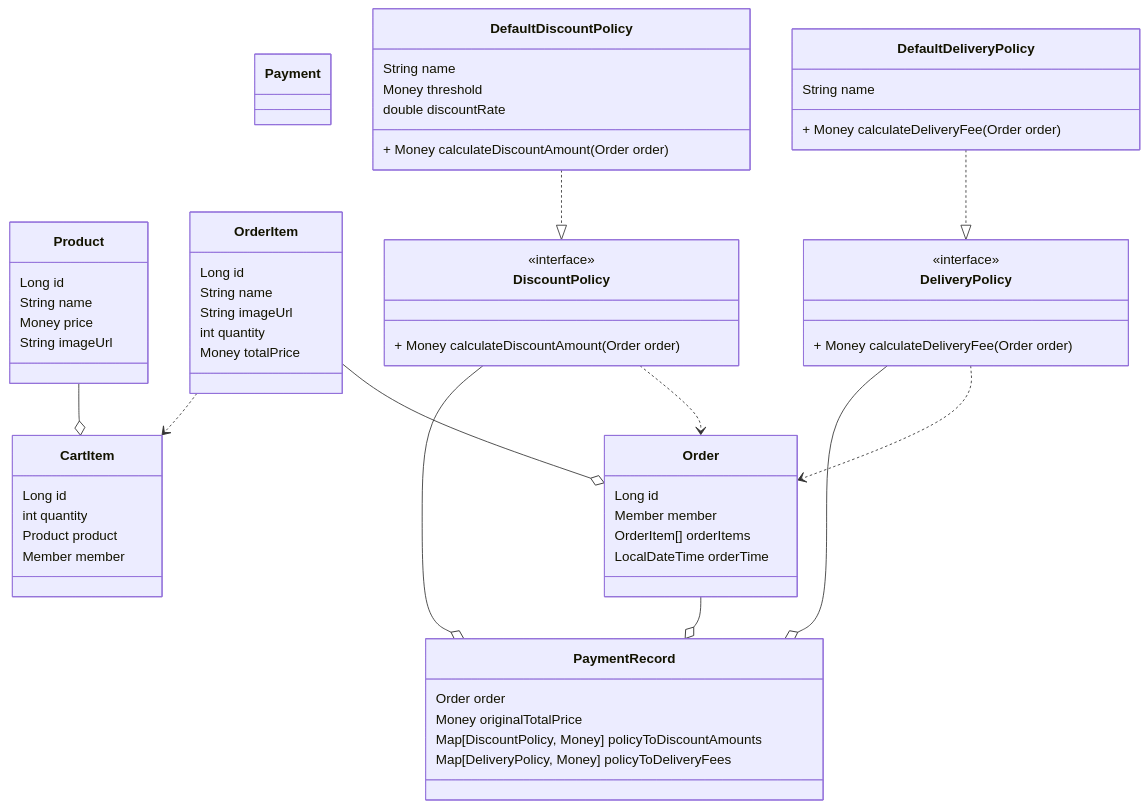
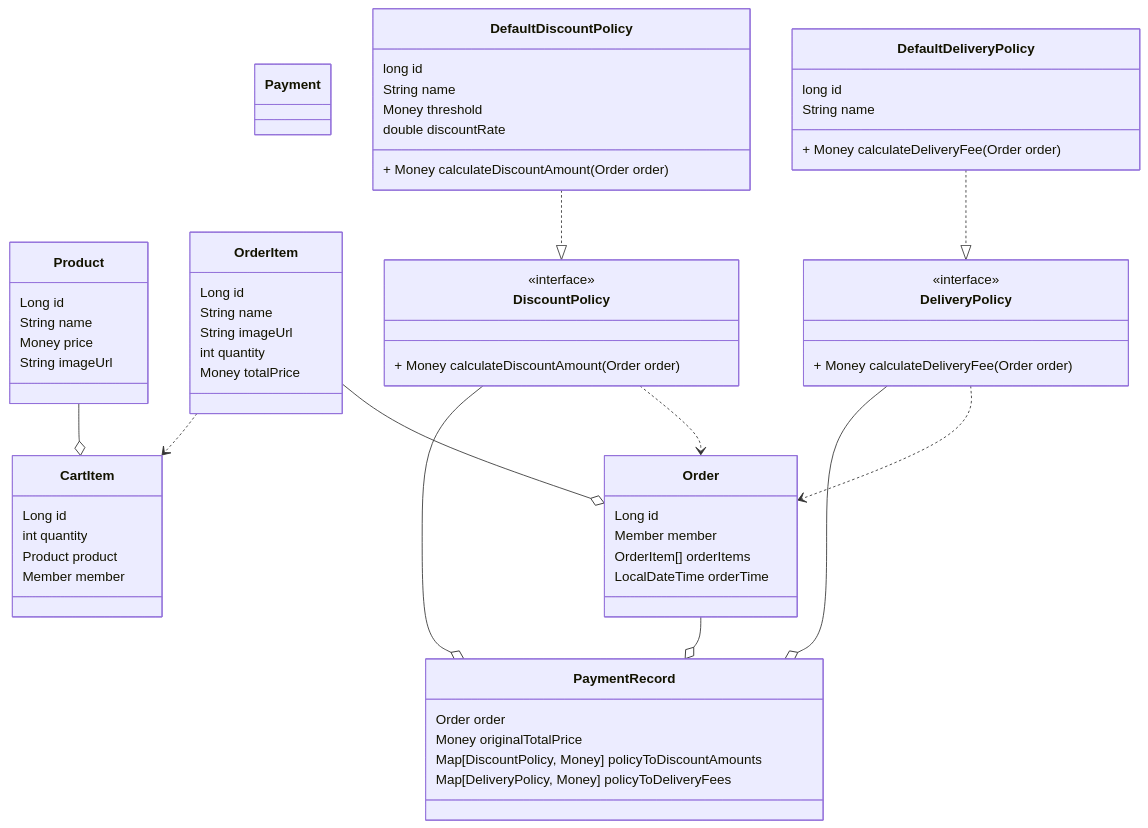
One commit to woowacourse/jwp-shopping-order changed the diagram in README.md. Above: the diagram before and after it, drawn with Mermaid. The commit also changed 23 other files, not shown here.

````diff
--- a/README.md
+++ b/README.md
@@ -33,70 +33,72 @@
 ```mermaid
 classDiagram
 
     class CartItem {
         Long id
         int quantity
         Product product
         Member member
     }
     class Product {
         Long id
         String name
         Money price
         String imageUrl
     }
 
     class OrderItem {
         Long id
         String name
         String imageUrl
         int quantity
         Money totalPrice
     }
 
     class Order {
         Long id
         Member member
         OrderItem[] orderItems
         LocalDateTime orderTime     <! 고려중>
     }
     class Payment
     class PaymentRecord {
         Order order
         Money originalTotalPrice
         Map[DiscountPolicy, Money] policyToDiscountAmounts
         Map[DeliveryPolicy, Money] policyToDeliveryFees
     }
-    
+
     class DiscountPolicy {
         <<interface>>
         + Money calculateDiscountAmount(Order order)
     }
     class DefaultDiscountPolicy {
+        long id
         String name
         Money threshold
         double discountRate
         + Money calculateDiscountAmount(Order order)
     }
 
     class DeliveryPolicy {
         <<interface>>
         + Money calculateDeliveryFee(Order order)
     }
     class DefaultDeliveryPolicy {
+        long id
         String name
         + Money calculateDeliveryFee(Order order)
     }
 
-    Product --o CartItem 
+    Product --o CartItem
     OrderItem ..> CartItem
     OrderItem --o Order
     DiscountPolicy --o PaymentRecord
     DeliveryPolicy --o PaymentRecord
     DiscountPolicy ..> Order
     DeliveryPolicy ..> Order
-     Order--o PaymentRecord
+    Order --o PaymentRecord
     DefaultDeliveryPolicy ..|> DeliveryPolicy
     DefaultDiscountPolicy ..|> DiscountPolicy
 
 ```
````
